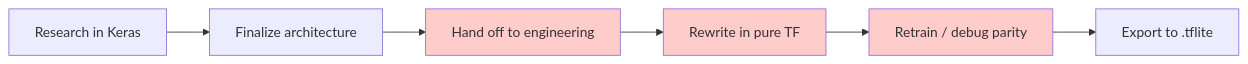
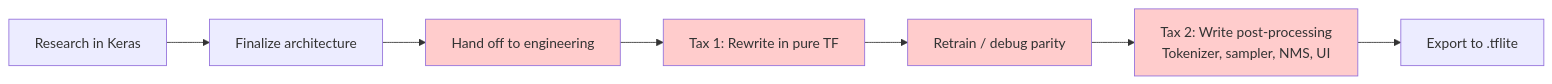
The fourth of 13 diagrams in slide.md (pctablet505/litert-demo), drawn with Mermaid before and after one commit. The commit also changed other lines of this file, not shown here.

````diff
--- a/slide.md
+++ b/slide.md
@@ -83,11 +190,13 @@
 ```mermaid
 flowchart LR
     A["Research in Keras"] --> B["Finalize architecture"]
     B --> C["Hand off to engineering"]
-    C --> D["Rewrite in pure TF"]
+    C --> D["Tax 1: Rewrite in pure TF"]
     D --> E["Retrain / debug parity"]
-    E --> F["Export to .tflite"]
+    E --> F["Tax 2: Write post-processing<br/>Tokenizer, sampler, NMS, UI"]
+    F --> G["Export to .tflite"]
     style C fill:#ffcccc
     style D fill:#ffcccc
     style E fill:#ffcccc
+    style F fill:#ffcccc
 ```
````
